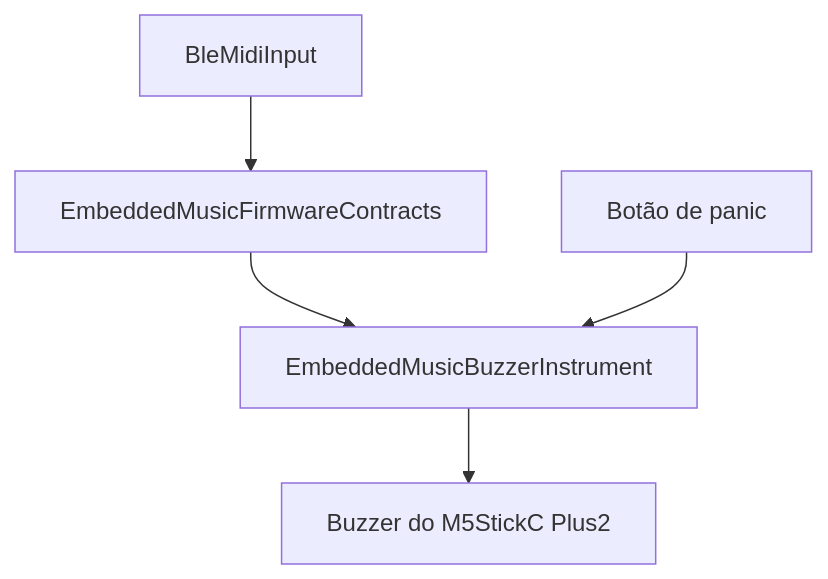
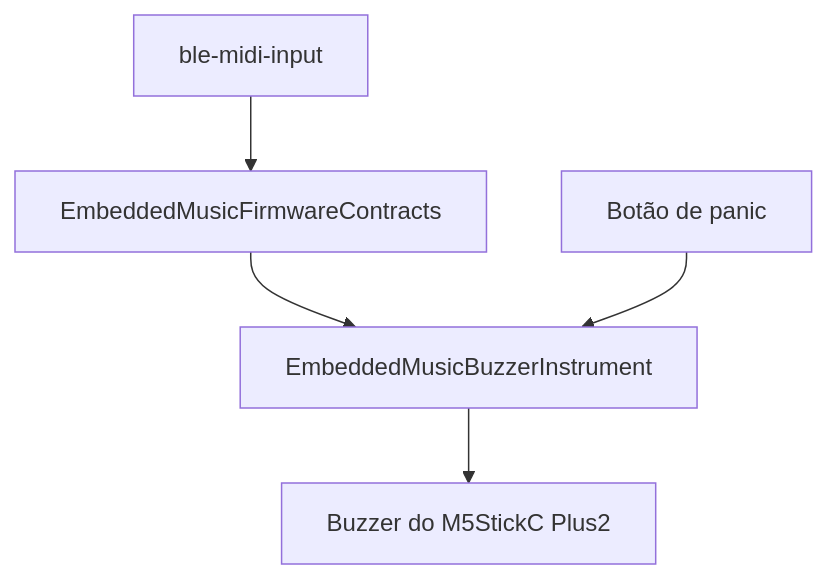
Before and after one commit to fczuardi/embedded-music-experiments: the first of 2 diagrams in DESIGN.md, drawn with Mermaid. The commit also changed other lines of this file and 4 other files, not shown here.

Commit message:
build: use kebab-case BLE MIDI input dependency

````diff
--- a/DESIGN.md
+++ b/DESIGN.md
@@ -107,7 +107,7 @@
 ```mermaid
 flowchart TD
-    B["BleMidiInput"] --> C["EmbeddedMusicFirmwareContracts"]
+    B["ble-midi-input"] --> C["EmbeddedMusicFirmwareContracts"]
     C --> I["EmbeddedMusicBuzzerInstrument"]
     I --> A["Buzzer do M5StickC Plus2"]
     P["Botão de panic"] --> I
 ```
````
